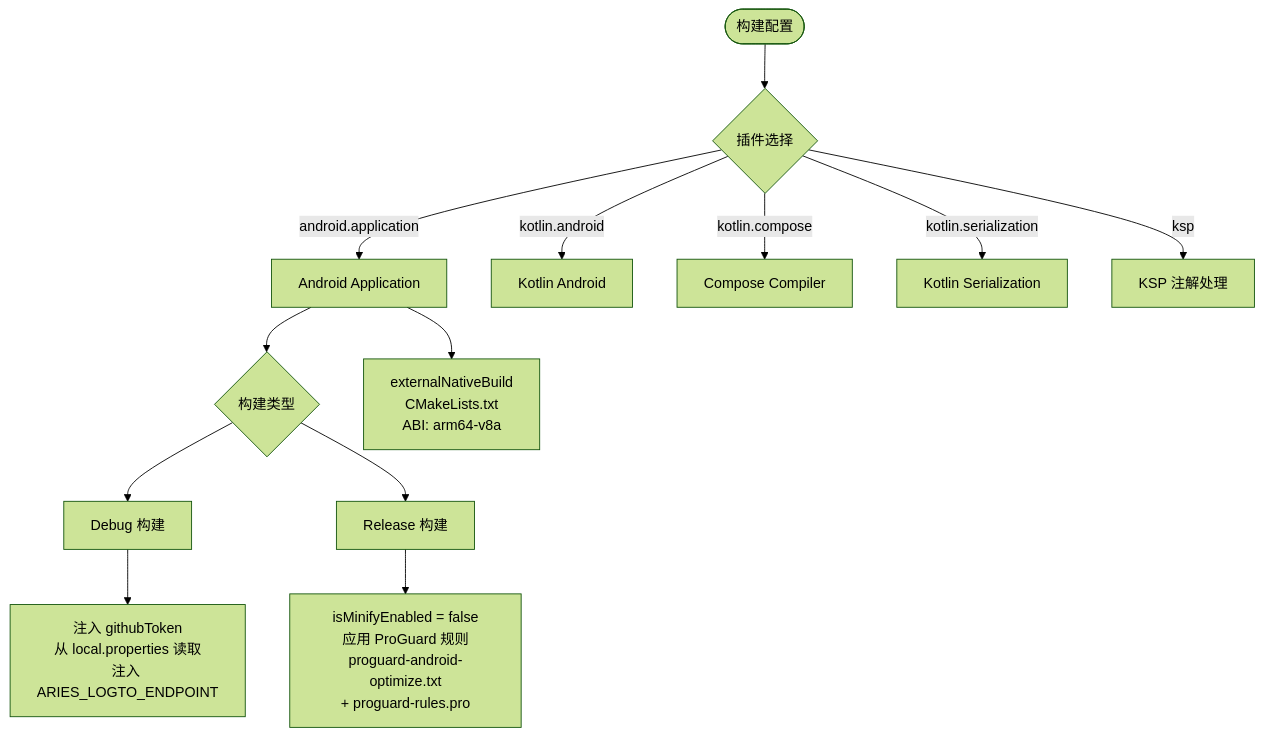
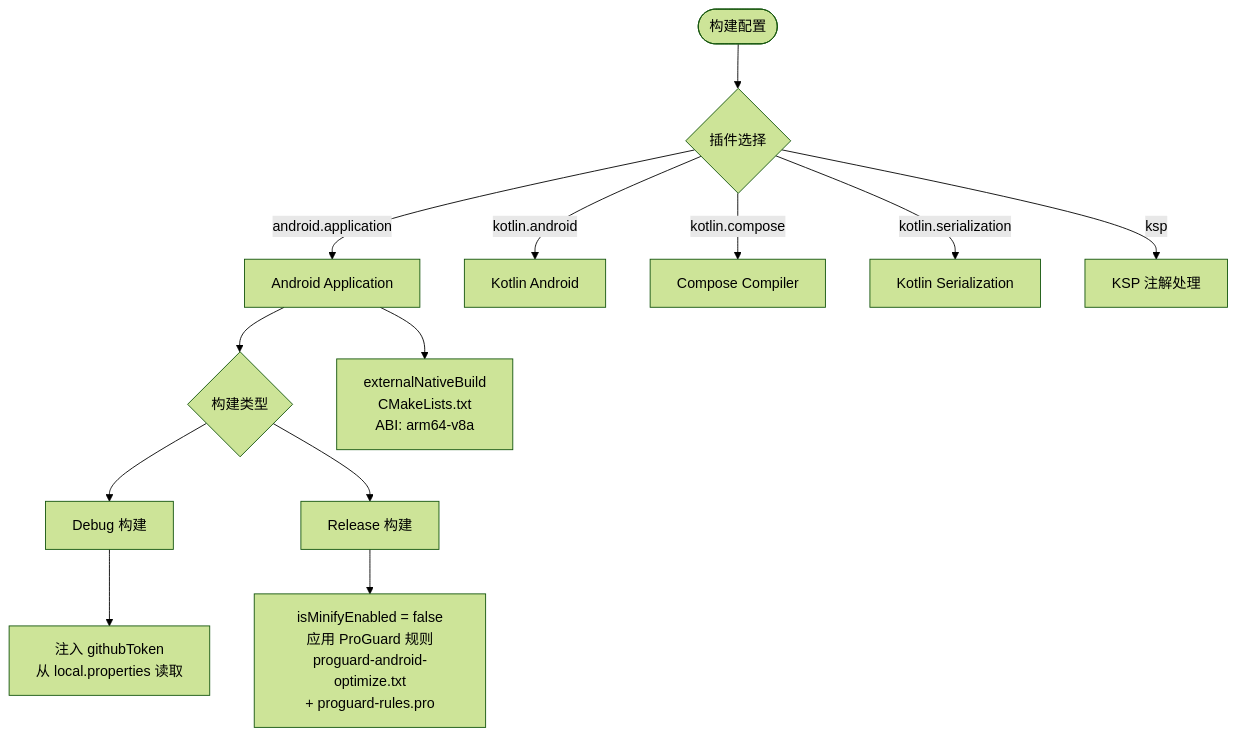
One commit to ZG0704666/Aries-AI changed the third of 4 diagrams in Aries-site/docs/开发规范与工具/构建脚本与工具链.md. Above: the diagram before and after it, drawn with Mermaid (forest theme). The commit also changed other lines of this file and 14 other files, not shown here.

````diff
--- a/Aries-site/docs/开发规范与工具/构建脚本与工具链.md
+++ b/Aries-site/docs/开发规范与工具/构建脚本与工具链.md
@@ -269,18 +269,18 @@
 ```mermaid
 flowchart TD
     Start([构建配置]) --> Plugins{插件选择}
     Plugins -->|android.application| APP[Android Application]
     Plugins -->|kotlin.android| KOTLIN[Kotlin Android]
     Plugins -->|kotlin.compose| COMPOSE[Compose Compiler]
     Plugins -->|kotlin.serialization| SERIAL[Kotlin Serialization]
     Plugins -->|ksp| KSP[KSP 注解处理]
 
     APP --> BuildTypes{构建类型}
     BuildTypes --> Debug[Debug 构建]
     BuildTypes --> Release[Release 构建]
 
-    Debug --> DebugConfig["注入 githubToken<br/>从 local.properties 读取<br/>注入 ARIES_LOGTO_ENDPOINT"]
+    Debug --> DebugConfig["注入 githubToken<br/>从 local.properties 读取"]
     Release --> ReleaseConfig["isMinifyEnabled = false<br/>应用 ProGuard 规则<br/>proguard-android-optimize.txt<br/>+ proguard-rules.pro"]
 
     APP --> NativeBuild["externalNativeBuild<br/>CMakeLists.txt<br/>ABI: arm64-v8a"]
 ```
````
